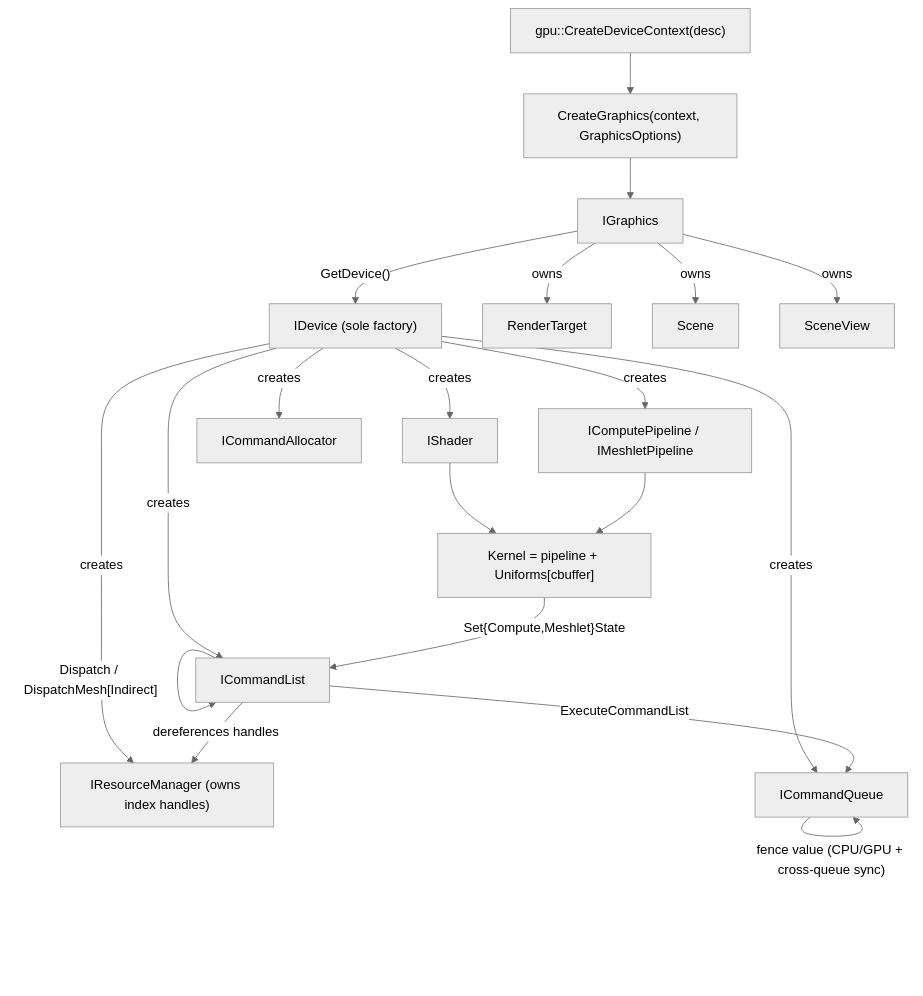
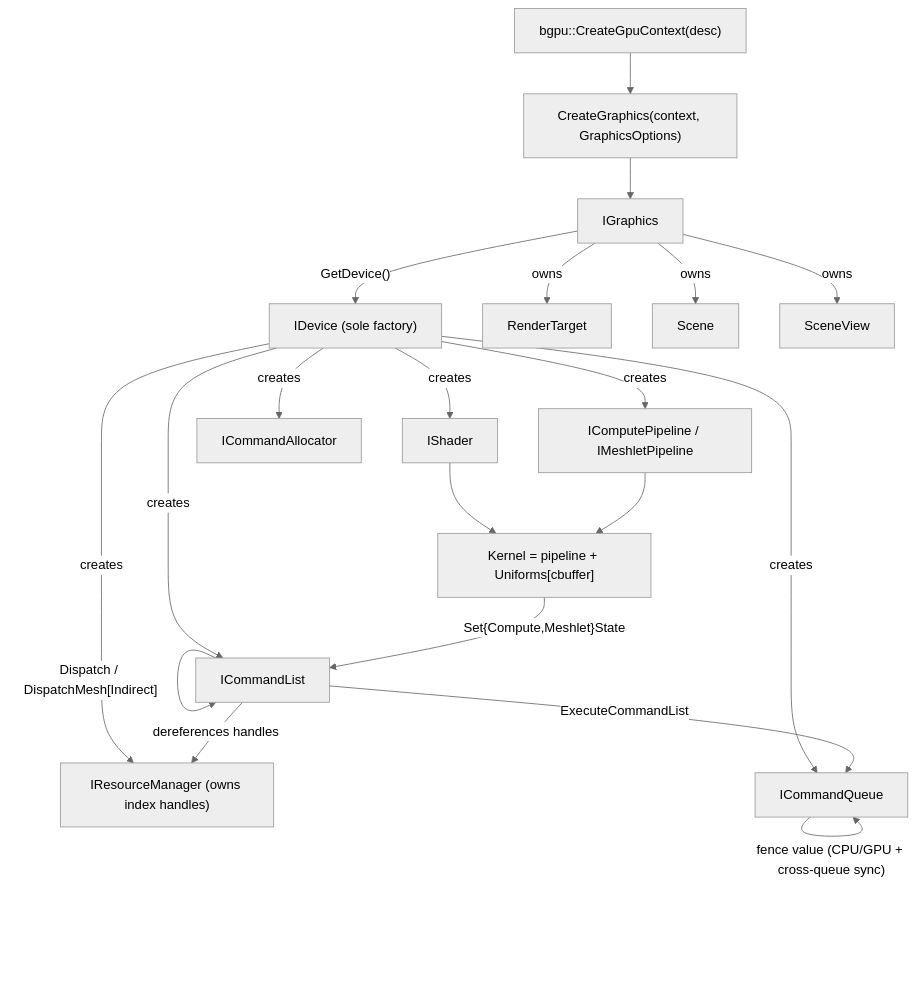
Before and after one commit to alexjiang200407/bernini: the diagram in docs/rhi.md, drawn with Mermaid (neutral theme). The commit also changed other lines of this file and 84 other files, not shown here.

First line of the commit message:
refactor(bgpu): device_context is bgpu, DeviceContext is GpuContext

````diff
--- a/docs/rhi.md
+++ b/docs/rhi.md
@@ -237,26 +237,26 @@
 ```mermaid
 flowchart TD
-    DC["gpu::CreateDeviceContext(desc)"] --> CG["CreateGraphics(context, GraphicsOptions)"]
+    DC["bgpu::CreateGpuContext(desc)"] --> CG["CreateGraphics(context, GraphicsOptions)"]
     CG --> IG[IGraphics]
     IG -- "GetDevice()" --> DEV["IDevice (sole factory)"]
 
     IG -- owns --> RT[RenderTarget]
     IG -- owns --> SC[Scene]
     IG -- owns --> SV[SceneView]
 
     DEV -- creates --> SH[IShader]
     DEV -- creates --> PIPE["IComputePipeline / IMeshletPipeline"]
     DEV -- creates --> CQ[ICommandQueue]
     DEV -- creates --> CL[ICommandList]
     DEV -- creates --> CA[ICommandAllocator]
     DEV -- creates --> RM["IResourceManager (owns index handles)"]
 
     SH --> KERNEL["Kernel = pipeline + Uniforms[cbuffer]"]
     PIPE --> KERNEL
 
     KERNEL -- "Set{Compute,Meshlet}State" --> CL
     CL -- "Dispatch / DispatchMesh[Indirect]" --> CL
     CL -- ExecuteCommandList --> CQ
     CQ -- "fence value (CPU/GPU + cross-queue sync)" --> CQ
     CL -- "dereferences handles" --> RM
 ```
````
